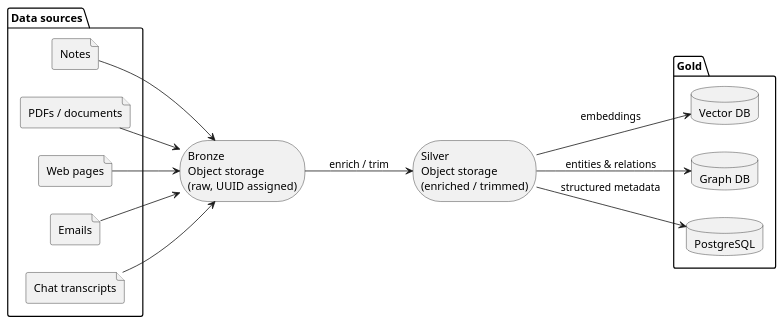
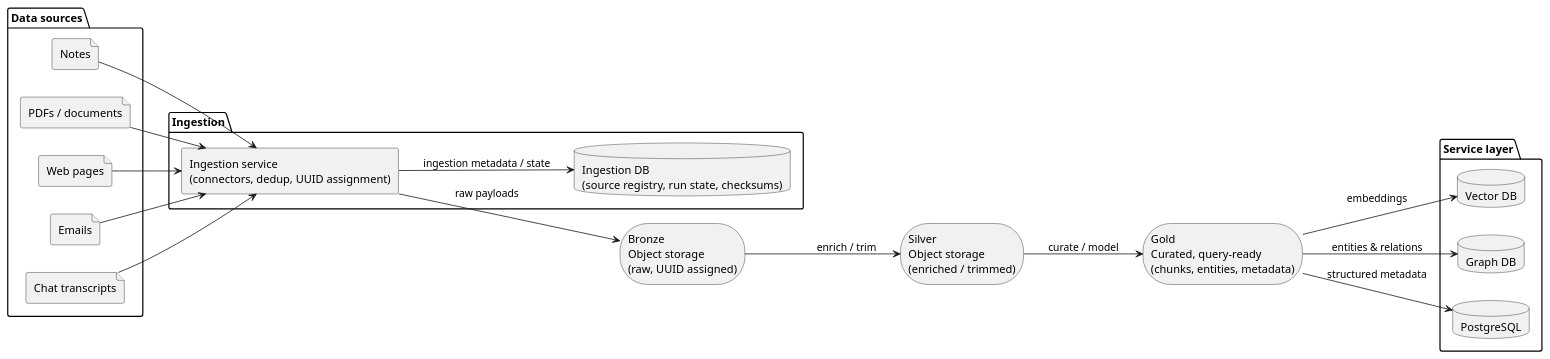
The diagram in diagrams/data_architecture.puml (Maccen26/ai-second-brain), drawn with PlantUML before and after one commit. The commit also changed 3 other files, not shown here.

Commit message:
Added auth flow diagram for MCP tool call process

```diff
--- a/diagrams/data_architecture.puml
+++ b/diagrams/data_architecture.puml
@@ -1,32 +1,42 @@
 @startuml
 left to right direction
 
 package "Data sources" {
   file "Notes" as notes
   file "PDFs / documents" as docs
   file "Web pages" as web
   file "Emails" as email
   file "Chat transcripts" as chats
 }
 
+package "Ingestion" {
+  rectangle "Ingestion service\n(connectors, dedup, UUID assignment)" as ingest
+  database "Ingestion DB\n(source registry, run state, checksums)" as ingestdb
+}
+
 storage "Bronze\nObject storage\n(raw, UUID assigned)" as bronze
 storage "Silver\nObject storage\n(enriched / trimmed)" as silver
+storage "Gold\nCurated, query-ready\n(chunks, entities, metadata)" as gold
 
-package "Gold" {
+package "Service layer" {
   database "Vector DB" as vector
   database "Graph DB" as graph
   database "PostgreSQL" as pg
 }
 
-notes --> bronze
-docs --> bronze
-web --> bronze
-email --> bronze
-chats --> bronze
+notes --> ingest
+docs --> ingest
+web --> ingest
+email --> ingest
+chats --> ingest
+
+ingest --> ingestdb : ingestion metadata / state
+ingest --> bronze : raw payloads
 
 bronze --> silver : enrich / trim
+silver --> gold : curate / model
 
-silver --> vector : embeddings
-silver --> graph : entities & relations
-silver --> pg : structured metadata
+gold --> vector : embeddings
+gold --> graph : entities & relations
+gold --> pg : structured metadata
 @enduml
```
